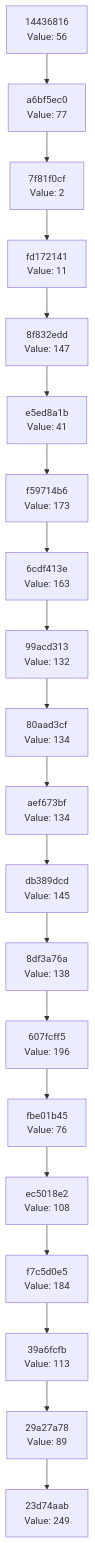
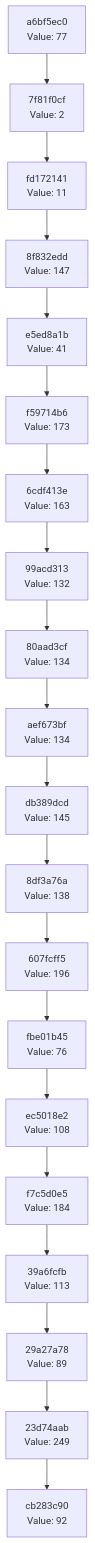
Before and after one commit to Abhisheksinha1506/hash-chain-evolver: the diagram in docs/CHAIN_VISUALIZATION.md, drawn with Mermaid. The commit also changed 3 other files, not shown here.

````diff
--- a/docs/CHAIN_VISUALIZATION.md
+++ b/docs/CHAIN_VISUALIZATION.md
@@ -3,42 +3,42 @@
 ```mermaid
 graph TD
-    C0["23d74aab<br/>Value: 249"]
-    C1["29a27a78<br/>Value: 89"]
+    C0["cb283c90<br/>Value: 92"]
+    C1["23d74aab<br/>Value: 249"]
     C1 --> C0
-    C2["39a6fcfb<br/>Value: 113"]
+    C2["29a27a78<br/>Value: 89"]
     C2 --> C1
-    C3["f7c5d0e5<br/>Value: 184"]
+    C3["39a6fcfb<br/>Value: 113"]
     C3 --> C2
-    C4["ec5018e2<br/>Value: 108"]
+    C4["f7c5d0e5<br/>Value: 184"]
     C4 --> C3
-    C5["fbe01b45<br/>Value: 76"]
+    C5["ec5018e2<br/>Value: 108"]
     C5 --> C4
-    C6["607fcff5<br/>Value: 196"]
+    C6["fbe01b45<br/>Value: 76"]
     C6 --> C5
-    C7["8df3a76a<br/>Value: 138"]
+    C7["607fcff5<br/>Value: 196"]
     C7 --> C6
-    C8["db389dcd<br/>Value: 145"]
+    C8["8df3a76a<br/>Value: 138"]
     C8 --> C7
-    C9["aef673bf<br/>Value: 134"]
+    C9["db389dcd<br/>Value: 145"]
     C9 --> C8
-    C10["80aad3cf<br/>Value: 134"]
+    C10["aef673bf<br/>Value: 134"]
     C10 --> C9
-    C11["99acd313<br/>Value: 132"]
+    C11["80aad3cf<br/>Value: 134"]
     C11 --> C10
-    C12["6cdf413e<br/>Value: 163"]
+    C12["99acd313<br/>Value: 132"]
     C12 --> C11
-    C13["f59714b6<br/>Value: 173"]
+    C13["6cdf413e<br/>Value: 163"]
     C13 --> C12
-    C14["e5ed8a1b<br/>Value: 41"]
+    C14["f59714b6<br/>Value: 173"]
     C14 --> C13
-    C15["8f832edd<br/>Value: 147"]
+    C15["e5ed8a1b<br/>Value: 41"]
     C15 --> C14
-    C16["fd172141<br/>Value: 11"]
+    C16["8f832edd<br/>Value: 147"]
     C16 --> C15
-    C17["7f81f0cf<br/>Value: 2"]
+    C17["fd172141<br/>Value: 11"]
     C17 --> C16
-    C18["a6bf5ec0<br/>Value: 77"]
+    C18["7f81f0cf<br/>Value: 2"]
     C18 --> C17
-    C19["14436816<br/>Value: 56"]
+    C19["a6bf5ec0<br/>Value: 77"]
     C19 --> C18
 ```
````
